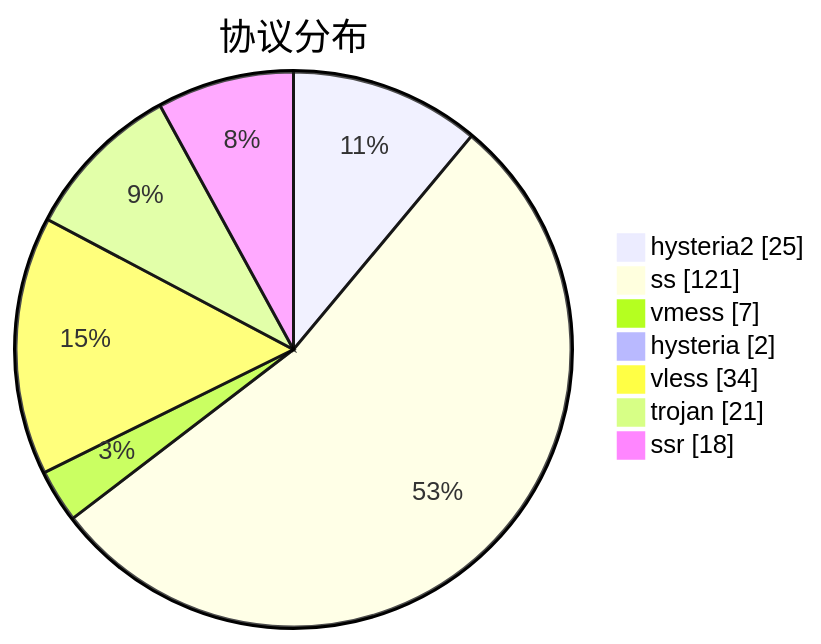
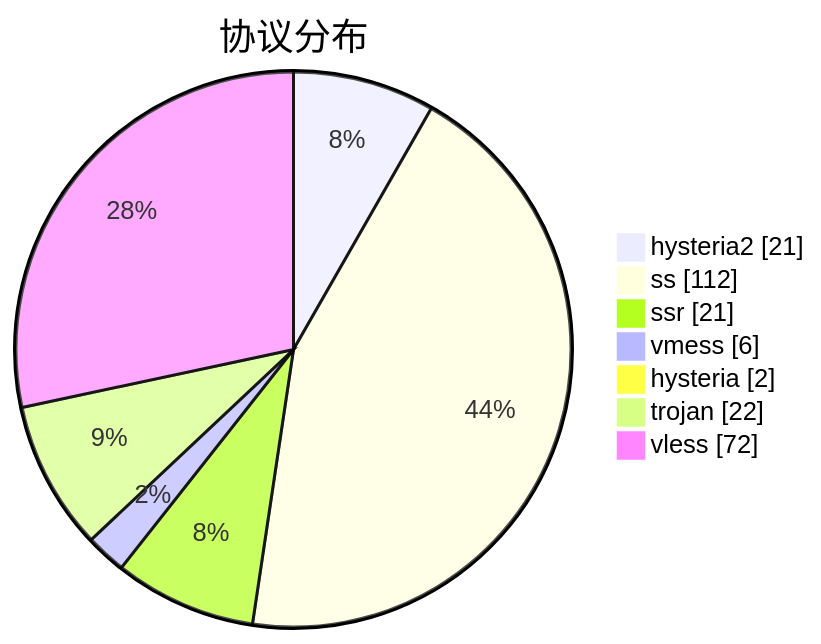
The third of 3 diagrams in subs/statistics/tested_within.md (sinspired/airport), drawn with Mermaid before and after one commit. The commit also changed other lines of this file and 2 other files, not shown here.

````diff
--- a/subs/statistics/tested_within.md
+++ b/subs/statistics/tested_within.md
@@ -38,11 +43,11 @@
 ```mermaid
 pie showData
 title 协议分布
-"hysteria2" : 25
-"ss" : 121
-"vmess" : 7
+"hysteria2" : 21
+"ss" : 112
+"ssr" : 21
+"vmess" : 6
 "hysteria" : 2
-"vless" : 34
-"trojan" : 21
-"ssr" : 18
+"trojan" : 22
+"vless" : 72
 ```
````
